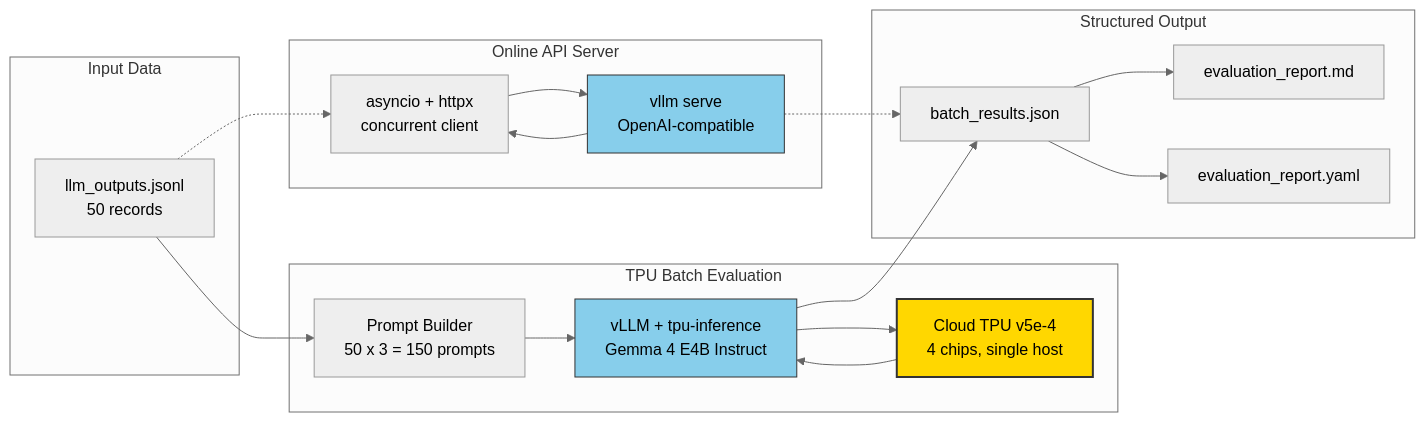
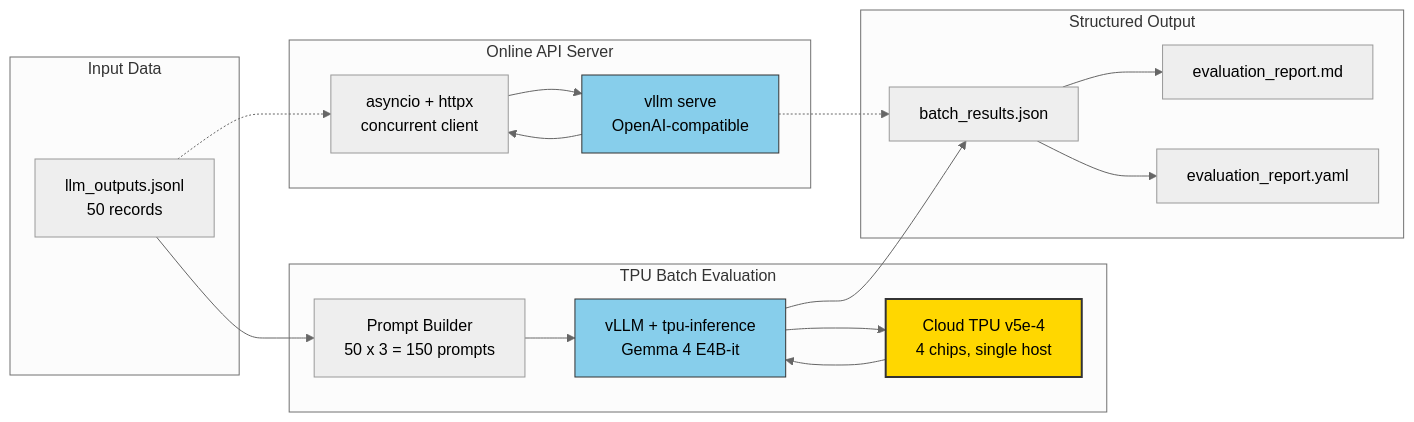
The diagram in README.md (ByteanAtomResearch/compliance-at-scale-tpu), drawn with Mermaid (neutral theme) before and after one commit. The commit also changed other lines of this file and 10 other files, not shown here.

````diff
--- a/README.md
+++ b/README.md
@@ -22,39 +22,39 @@
 ```mermaid
 flowchart LR
     subgraph Input[Input Data]
         JSONL[llm_outputs.jsonl<br/>50 records]
     end
 
     subgraph Eval[TPU Batch Evaluation]
         PROMPTS[Prompt Builder<br/>50 x 3 = 150 prompts]
-        VLLM[vLLM + tpu-inference<br/>Gemma 4 E4B Instruct]
+        VLLM[vLLM + tpu-inference<br/>Gemma 4 E4B-it]
         TPU[Cloud TPU v5e-4<br/>4 chips, single host]
         VLLM --> TPU
         TPU --> VLLM
     end
 
     subgraph Output[Structured Output]
         JSON[batch_results.json]
         MD[evaluation_report.md]
         YAML[evaluation_report.yaml]
     end
 
     subgraph Serve[Online API Server]
         SERVER[vllm serve<br/>OpenAI-compatible]
         CLIENT[asyncio + httpx<br/>concurrent client]
         CLIENT --> SERVER
         SERVER --> CLIENT
     end
 
     JSONL --> PROMPTS
     PROMPTS --> VLLM
     VLLM --> JSON
     JSON --> MD
     JSON --> YAML
     JSONL -.-> CLIENT
     SERVER -.-> JSON
 
     style TPU fill:#ffd700,stroke:#333,stroke-width:2px
     style VLLM fill:#87ceeb,stroke:#333
     style SERVER fill:#87ceeb,stroke:#333
 ```
````
